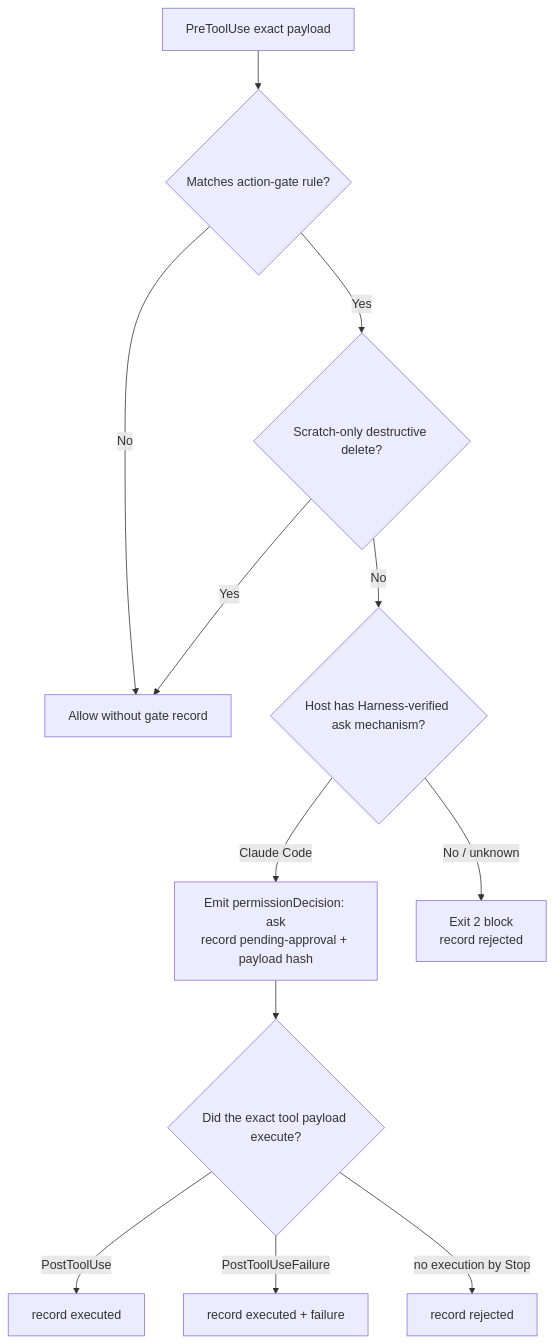
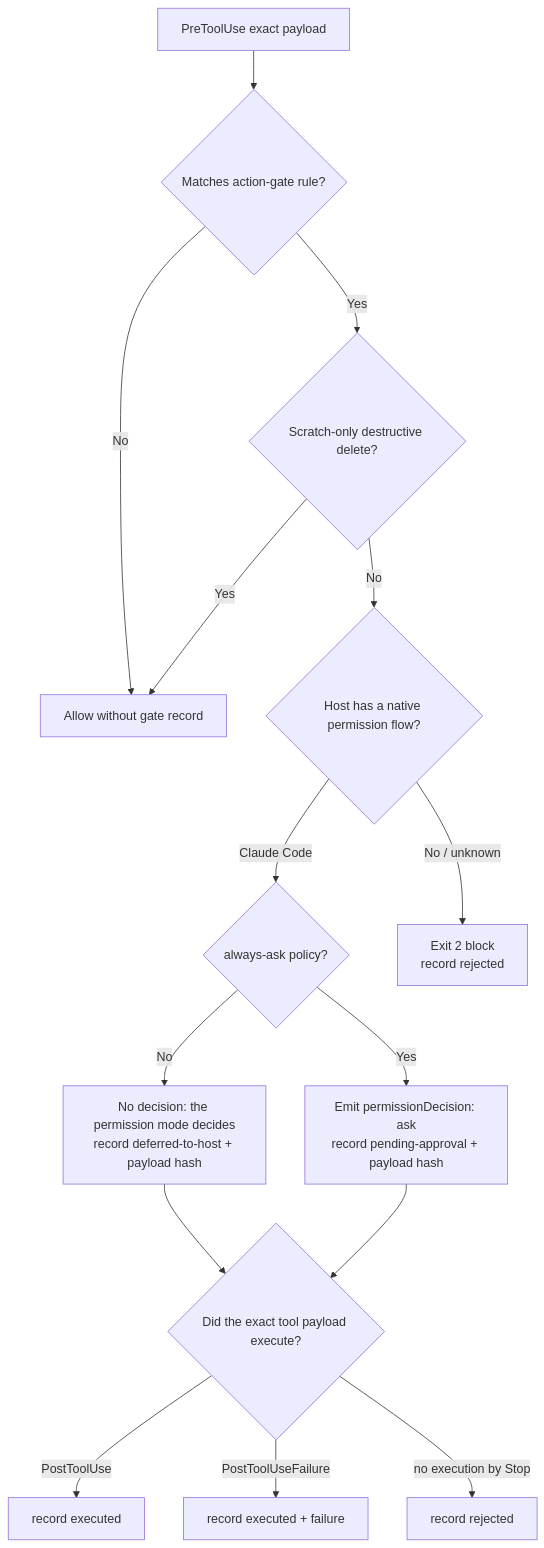
The second of 2 diagrams in docs/routing.md (dyphn1/Harness-everything), drawn with Mermaid before and after one commit. The commit also changed other lines of this file and 3 other files, not shown here.

First line of the commit message:
docs(action-gate): Document deferral to the host permission flow

````diff
--- a/docs/routing.md
+++ b/docs/routing.md
@@ -133,14 +134,17 @@
 ```mermaid
 flowchart TD
     P[PreToolUse exact payload] --> C{Matches action-gate rule?}
     C -- No --> A[Allow without gate record]
     C -- Yes --> X{Scratch-only destructive delete?}
     X -- Yes --> A
-    X -- No --> H{Host has Harness-verified ask mechanism?}
-    H -- Claude Code --> Q[Emit permissionDecision: ask<br/>record pending-approval + payload hash]
+    X -- No --> H{Host has a native permission flow?}
+    H -- Claude Code --> Y{always-ask policy?}
+    Y -- No --> D[No decision: the permission mode decides<br/>record deferred-to-host + payload hash]
+    Y -- Yes --> Q[Emit permissionDecision: ask<br/>record pending-approval + payload hash]
     H -- No / unknown --> B[Exit 2 block<br/>record rejected]
-    Q --> U{Did the exact tool payload execute?}
+    D --> U{Did the exact tool payload execute?}
+    Q --> U
     U -- PostToolUse --> E[record executed]
     U -- PostToolUseFailure --> F[record executed + failure]
     U -- no execution by Stop --> R[record rejected]
 ```
````
